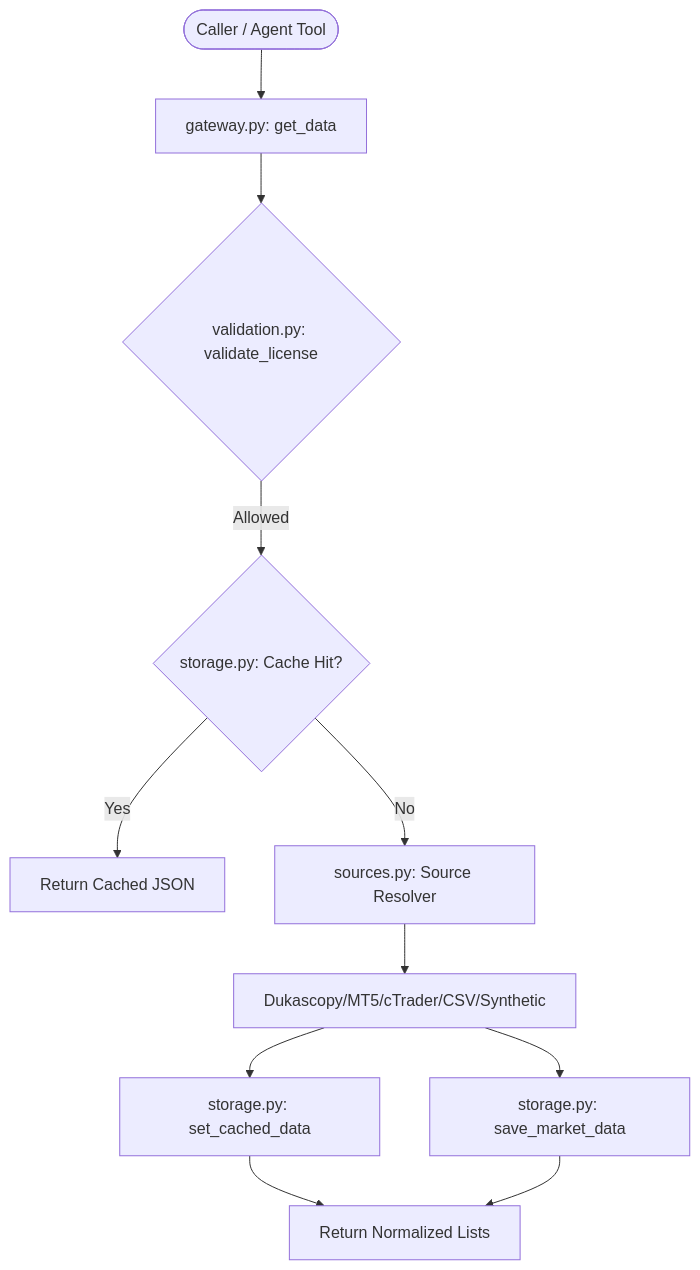
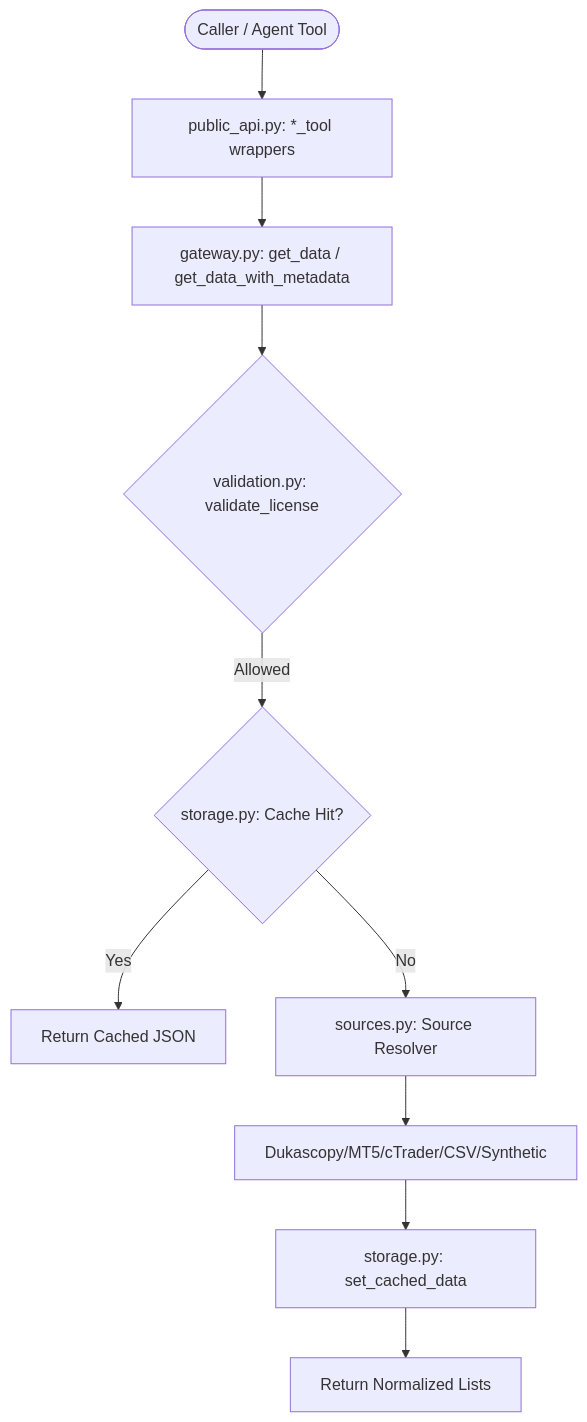
Before and after one commit to haruperi/HaruQuantAI: the diagram in app/services/data/README.md, drawn with Mermaid. The commit also changed other lines of this file and 29 other files, not shown here.

````diff
--- a/app/services/data/README.md
+++ b/app/services/data/README.md
@@ -11,13 +48,12 @@
 ```mermaid
 graph TD
-    User([Caller / Agent Tool]) --> Gateway[gateway.py: get_data]
+    User([Caller / Agent Tool]) --> PublicAPI[public_api.py: *_tool wrappers]
+    PublicAPI --> Gateway[gateway.py: get_data / get_data_with_metadata]
     Gateway --> LicenseCheck{validation.py: validate_license}
     LicenseCheck -- Allowed --> CacheCheck{storage.py: Cache Hit?}
     CacheCheck -- Yes --> ReturnCache[Return Cached JSON]
     CacheCheck -- No --> Adapter[sources.py: Source Resolver]
     Adapter --> SourceFetch[Dukascopy/MT5/cTrader/CSV/Synthetic]
     SourceFetch --> SaveCache[storage.py: set_cached_data]
-    SourceFetch --> SaveDB[storage.py: save_market_data]
     SaveCache --> ReturnData[Return Normalized Lists]
-    SaveDB --> ReturnData
 ```
````
